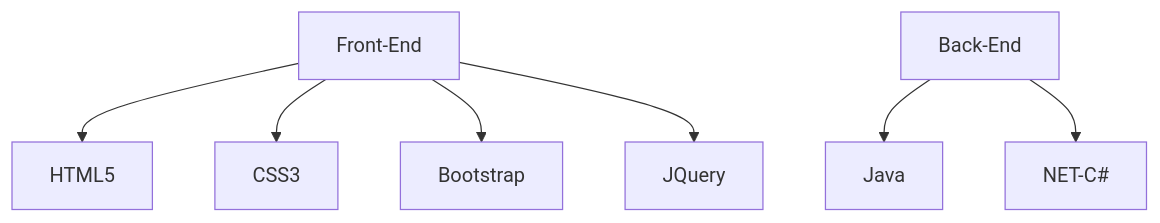
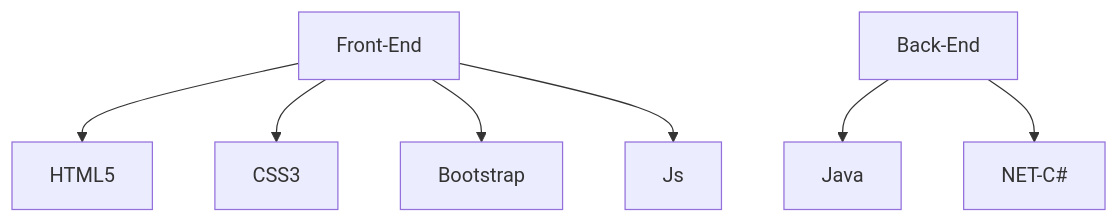
One commit to LuongXuanNhat/LuongXuanNhat changed the first of 2 diagrams in README.md. Above: the diagram before and after it, drawn with Mermaid.

````diff
--- a/README.md
+++ b/README.md
@@ -23,9 +23,9 @@
 ```mermaid
 graph TD;
     Front-End-->HTML5;
     Front-End-->CSS3;
     Front-End-->Bootstrap;
-    Front-End-->JQuery;
+    Front-End-->Js;
     Back-End-->Java;
     Back-End-->NET-C#;
    ```
````
